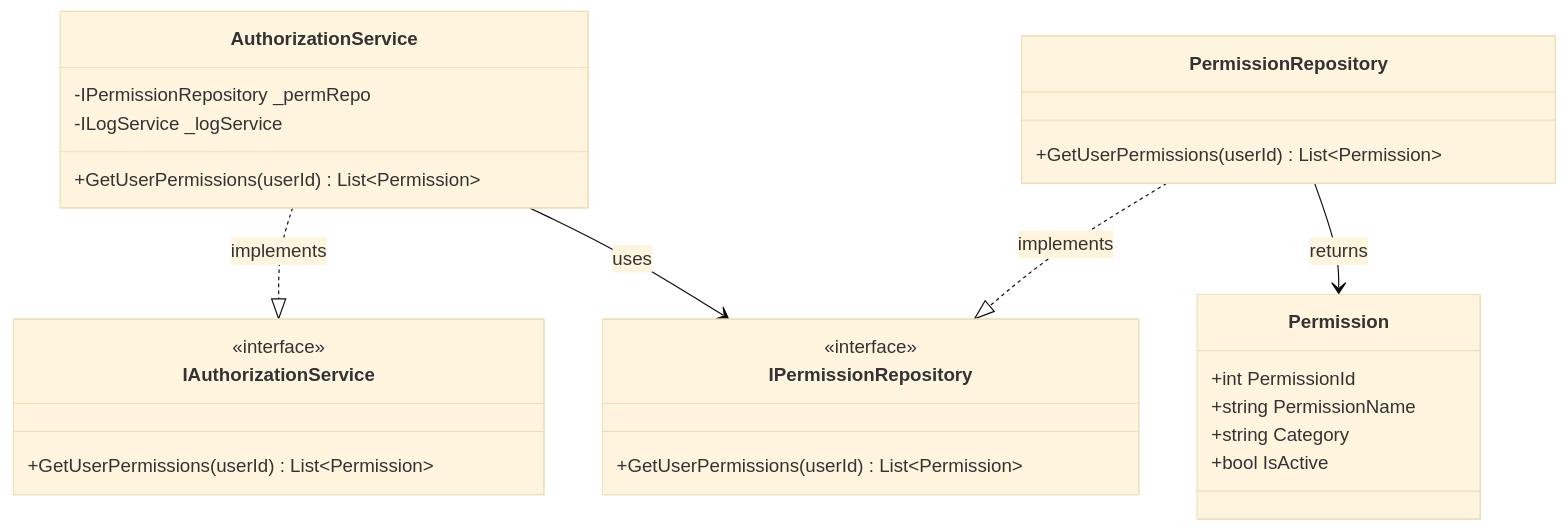
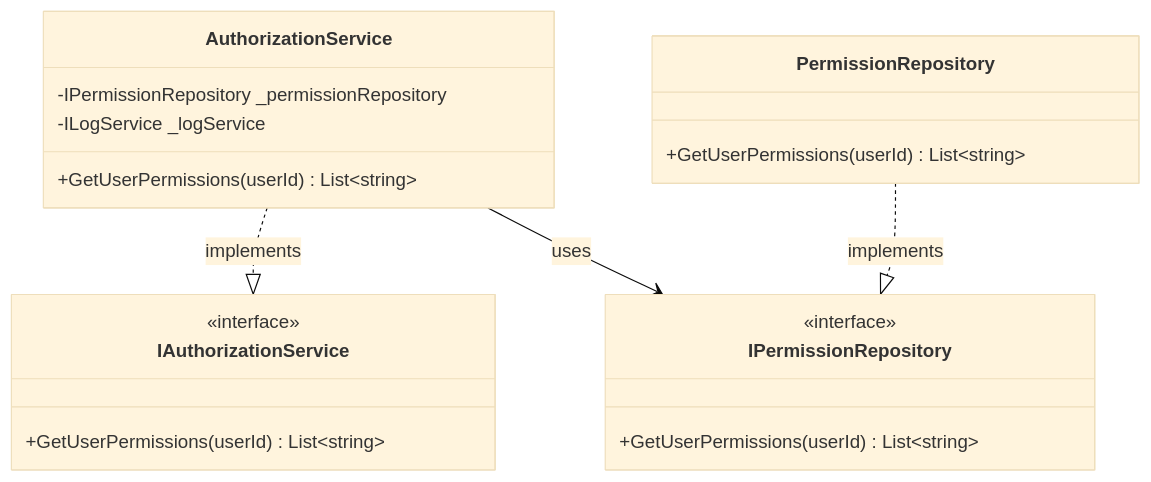
Before and after one commit to nahuk86/tp_diploma_nk_2026: the tenth of 13 diagrams in Documentation/UML_Diagrams/11_Role_Permissions_Process_Class_Diagram.md, drawn with Mermaid (base theme). The commit also changed other lines of this file and 7 other files, not shown here.

Commit message:
docs: update UML diagrams to reflect code refactoring

````diff
--- a/Documentation/UML_Diagrams/11_Role_Permissions_Process_Class_Diagram.md
+++ b/Documentation/UML_Diagrams/11_Role_Permissions_Process_Class_Diagram.md
@@ -405,34 +417,26 @@
 ```mermaid
 classDiagram
     class AuthorizationService {
-        -IPermissionRepository _permRepo
+        -IPermissionRepository _permissionRepository
         -ILogService _logService
-        +GetUserPermissions(userId) List~Permission~
+        +GetUserPermissions(userId) List~string~
     }
 
     class IPermissionRepository {
         <<interface>>
-        +GetUserPermissions(userId) List~Permission~
+        +GetUserPermissions(userId) List~string~
     }
 
     class PermissionRepository {
-        +GetUserPermissions(userId) List~Permission~
-    }
-
-    class Permission {
-        +int PermissionId
-        +string PermissionName
-        +string Category
-        +bool IsActive
+        +GetUserPermissions(userId) List~string~
     }
 
     class IAuthorizationService {
         <<interface>>
-        +GetUserPermissions(userId) List~Permission~
+        +GetUserPermissions(userId) List~string~
     }
 
     AuthorizationService ..|> IAuthorizationService : implements
     AuthorizationService --> IPermissionRepository : uses
     PermissionRepository ..|> IPermissionRepository : implements
-    PermissionRepository --> Permission : returns
 ```
````
